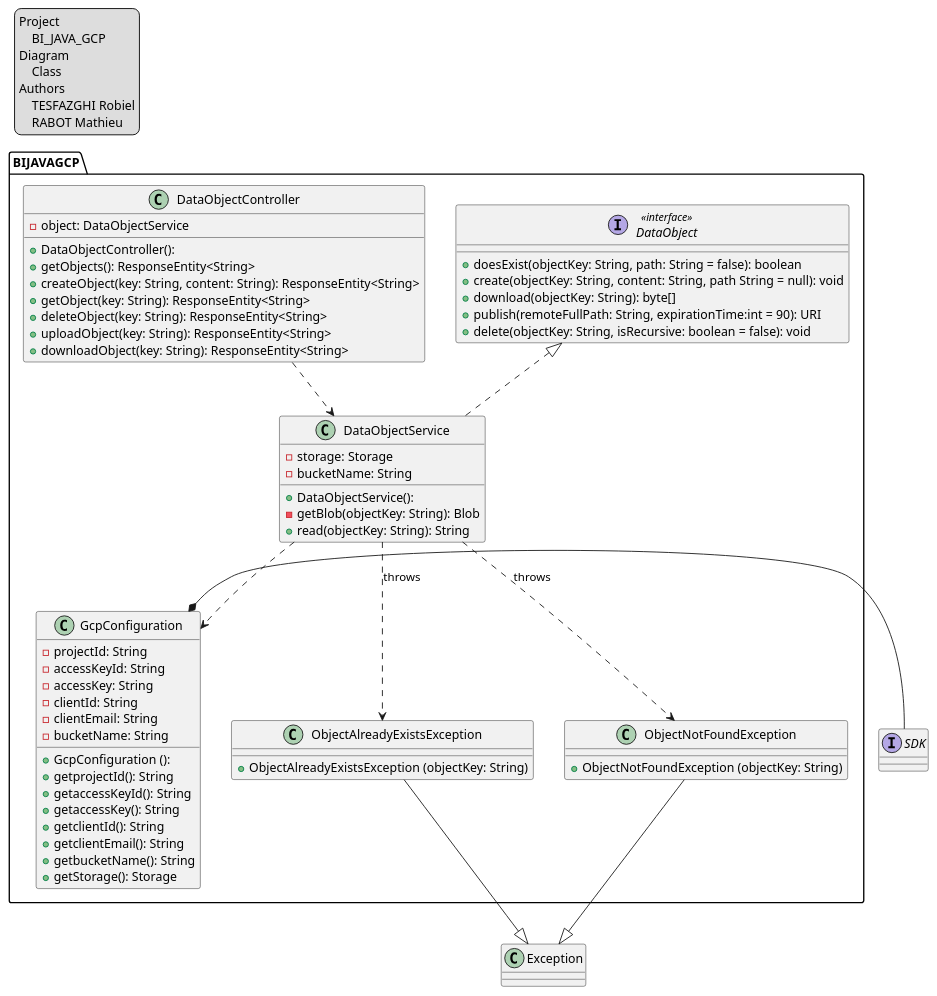
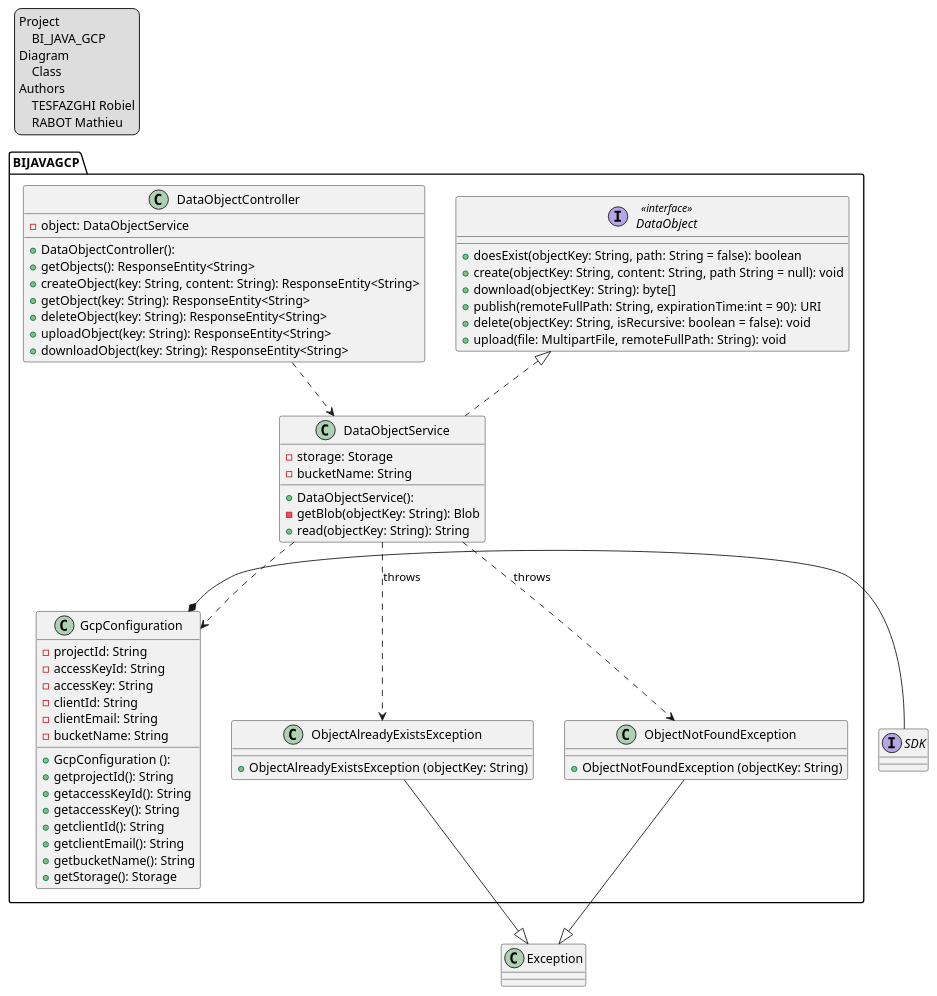
The diagram in doc/class/Diagramme de classe.plantuml (CPNV-ES-BI/BI_JAVA_GCP), drawn with PlantUML before and after one commit. The commit also changed 2 other files, not shown here.

Commit message:
Update class diagram

```diff
--- a/doc/class/Diagramme de classe.plantuml
+++ b/doc/class/Diagramme de classe.plantuml
@@ -1,87 +1,88 @@
 @startuml
 'https://plantuml.com/class-diagram
 
 legend top left
     Project
         BI_JAVA_GCP
     Diagram
         Class
     Authors
         TESFAZGHI Robiel
         RABOT Mathieu
 endlegend
 
 package BIJAVAGCP {
     interface DataObject << interface >>{
         + doesExist(objectKey: String, path: String = false): boolean
         + create(objectKey: String, content: String, path String = null): void
         + download(objectKey: String): byte[]
         + publish(remoteFullPath: String, expirationTime:int = 90): URI
         + delete(objectKey: String, isRecursive: boolean = false): void
+        + upload(file: MultipartFile, remoteFullPath: String): void
     }
 
     class DataObjectService {
         + DataObjectService():
         - storage: Storage
         - bucketName: String
         - getBlob(objectKey: String): Blob
         + read(objectKey: String): String
     }
 
     class DataObjectController {
         - object: DataObjectService
         + DataObjectController():
         + getObjects(): ResponseEntity<String>
         + createObject(key: String, content: String): ResponseEntity<String>
         + getObject(key: String): ResponseEntity<String>
         + deleteObject(key: String): ResponseEntity<String>
         + uploadObject(key: String): ResponseEntity<String>
         + downloadObject(key: String): ResponseEntity<String>
     }
 
        class ObjectAlreadyExistsException {
         + ObjectAlreadyExistsException (objectKey: String)
     }
 
     class GcpConfiguration {
         + GcpConfiguration ():
         - projectId: String
         - accessKeyId: String
         - accessKey: String
         - clientId: String
         - clientEmail: String
         - bucketName: String
         + getprojectId(): String
         + getaccessKeyId(): String
         + getaccessKey(): String
         + getclientId(): String
         + getclientEmail(): String
         + getbucketName(): String
         + getStorage(): Storage
     }
 
     class ObjectNotFoundException {
         + ObjectNotFoundException (objectKey: String)
     }
 }
 
 
 
 class Exception
 
 interface SDK
 
 
 DataObject <|.. DataObjectService
 
 GcpConfiguration *- SDK
 
 DataObjectService ..> GcpConfiguration
 DataObjectService ..> ObjectAlreadyExistsException : throws
 DataObjectService ..> ObjectNotFoundException : throws
 
 DataObjectController ..> DataObjectService
 
 ObjectAlreadyExistsException  --|> Exception
 ObjectNotFoundException --|> Exception
 @enduml
```
